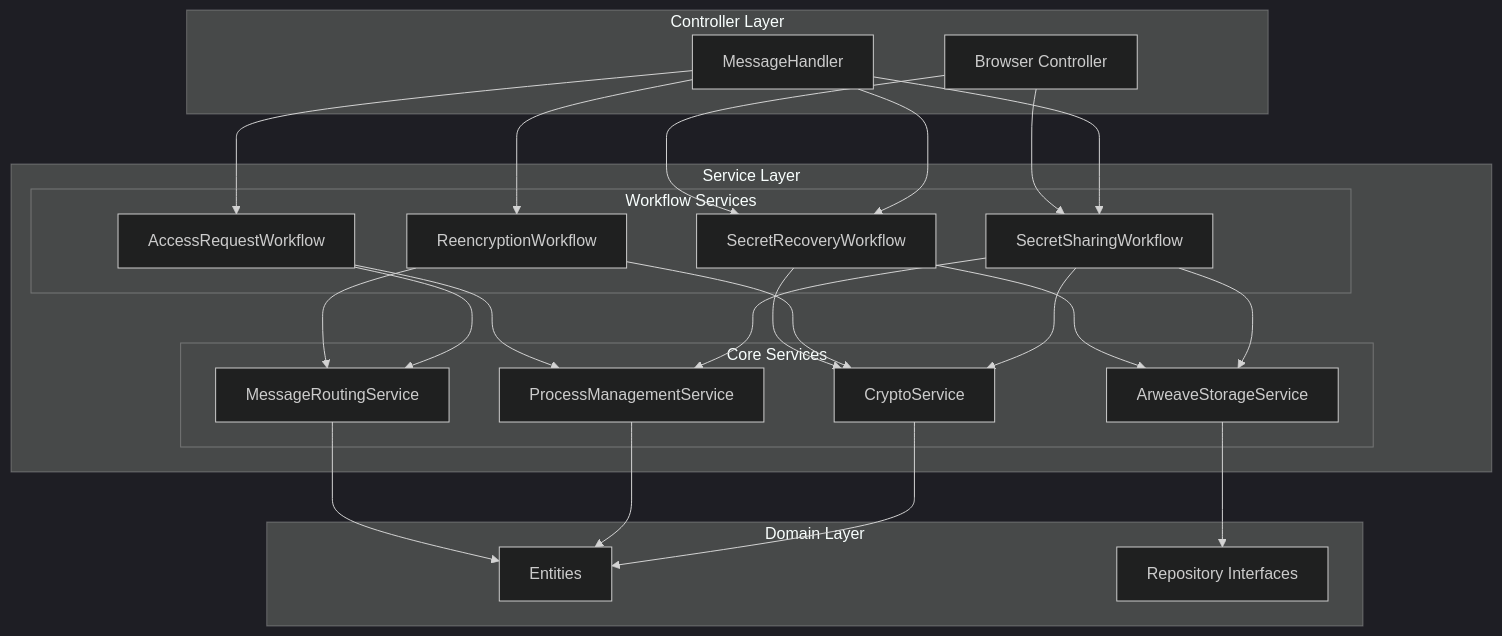
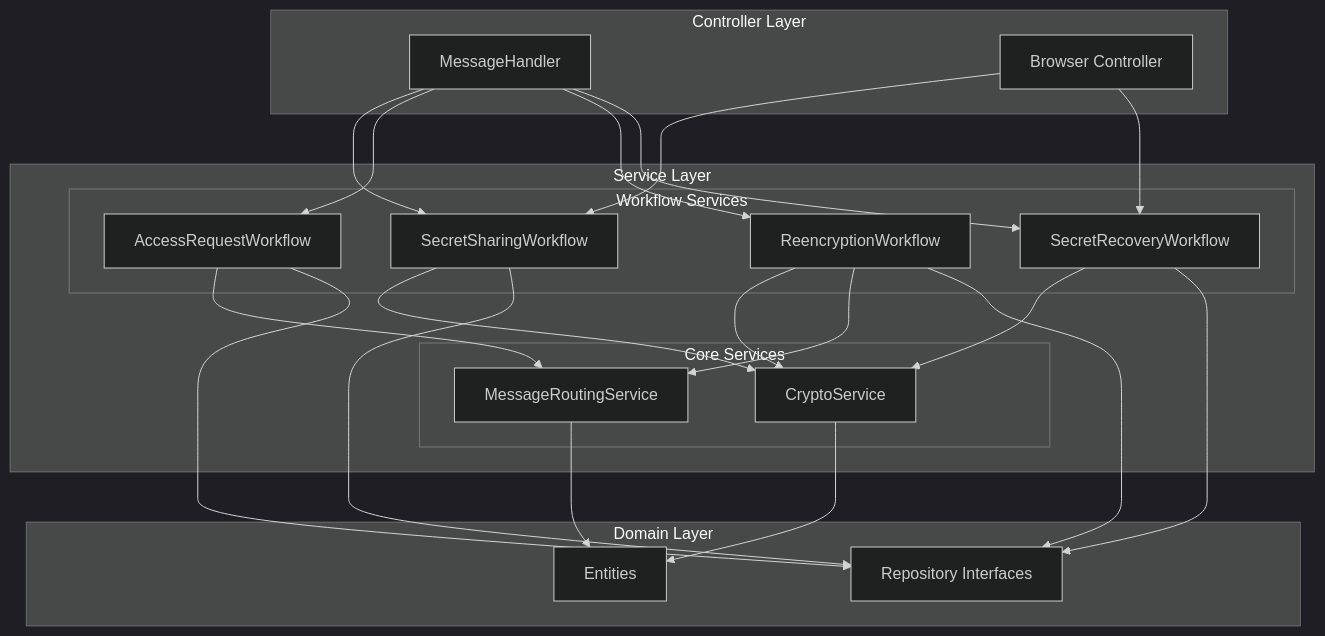
One commit to shodaimomiyama/D-TPRES changed the diagram in docs/development/service/services_overview.md. Above: the diagram before and after it, drawn with Mermaid (dark theme). The commit also changed other lines of this file and 2 other files, not shown here.

Commit message:
サービス層のドキュメントを更新し、ProcessManagementServiceの削除に伴う新しいプロセス管理アプローチを反映しました。具体的には、Domain層でのビジネスロジックの実装、Repository層での状態管理、Workflow層での直接管理を強調し、シンプルで保守性の高い設計を実現しています。また、Core Servicesの構成を見直し、MessageRoutingServiceの役割を明確化しました。

````diff
--- a/docs/development/service/services_overview.md
+++ b/docs/development/service/services_overview.md
@@ -54,50 +54,46 @@
 ```mermaid
 graph TB
     subgraph "Controller Layer"
         C1[MessageHandler]
         C2[Browser Controller]
     end
-    
+
     subgraph "Service Layer"
         subgraph "Workflow Services"
             WS1[SecretSharingWorkflow]
             WS2[AccessRequestWorkflow]
             WS3[ReencryptionWorkflow]
             WS4[SecretRecoveryWorkflow]
         end
-        
+
         subgraph "Core Services"
             CS1[CryptoService]
-            CS2[ProcessManagementService]
             CS3[MessageRoutingService]
-            CS4[ArweaveStorageService]
         end
     end
-    
+
     subgraph "Domain Layer"
         D1[Entities]
         D2[Repository Interfaces]
     end
-    
+
     C1 --> WS1
     C1 --> WS2
     C1 --> WS3
     C1 --> WS4
     C2 --> WS1
     C2 --> WS4
-    
+
     WS1 --> CS1
-    WS1 --> CS2
-    WS1 --> CS4
+    WS1 --> D2
     WS2 --> CS3
-    WS2 --> CS2
+    WS2 --> D2
     WS3 --> CS1
     WS3 --> CS3
+    WS3 --> D2
     WS4 --> CS1
-    WS4 --> CS4
-    
+    WS4 --> D2
+
     CS1 --> D1
-    CS2 --> D1
     CS3 --> D1
-    CS4 --> D2
 ```
````
